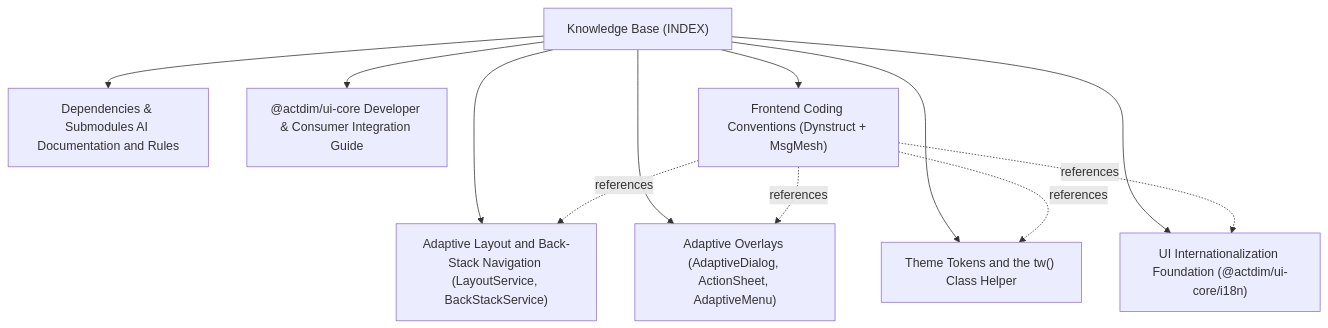
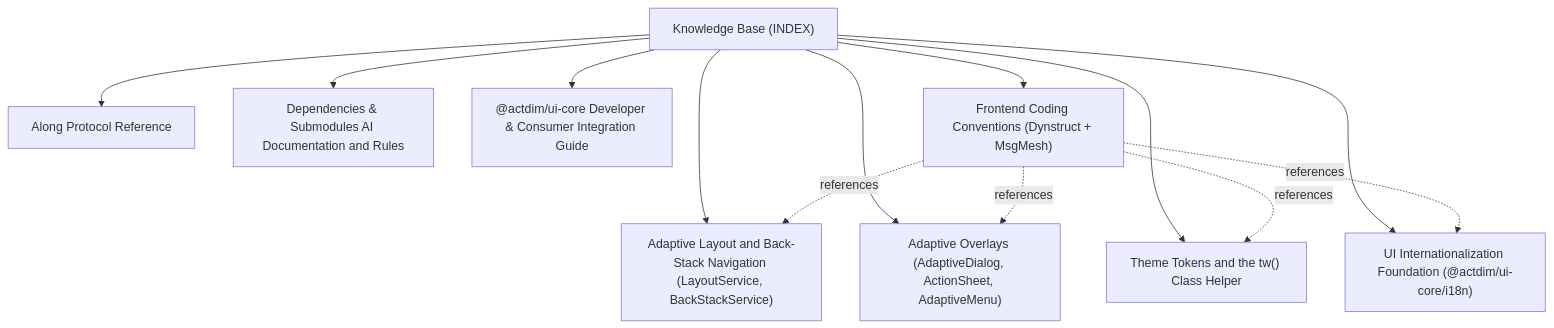
The diagram in docs/INDEX.md (actdim/ui-core), drawn with Mermaid before and after one commit. The commit also changed other lines of this file and 18 other files, not shown here.

````diff
--- a/docs/INDEX.md
+++ b/docs/INDEX.md
@@ -17,22 +17,24 @@
 ```mermaid
 flowchart TD
     INDEX["Knowledge Base (INDEX)"]
     T_ADAPTIVE_LAYOUT["Adaptive Layout and Back-Stack Navigation (LayoutService, BackStackService)"]
     INDEX --> T_ADAPTIVE_LAYOUT
     T_ADAPTIVE_OVERLAYS["Adaptive Overlays (AdaptiveDialog, ActionSheet, AdaptiveMenu)"]
     INDEX --> T_ADAPTIVE_OVERLAYS
+    T_ALONG_PROTOCOL["Along Protocol Reference"]
+    INDEX --> T_ALONG_PROTOCOL
     T_DEPENDENCIES["Dependencies & Submodules AI Documentation and Rules"]
     INDEX --> T_DEPENDENCIES
     T_DEVELOPER_GUIDE["@actdim/ui-core Developer & Consumer Integration Guide"]
     INDEX --> T_DEVELOPER_GUIDE
     T_FRONTEND_CONVENTIONS["Frontend Coding Conventions (Dynstruct + MsgMesh)"]
     INDEX --> T_FRONTEND_CONVENTIONS
     T_I18N["UI Internationalization Foundation (@actdim/ui-core/i18n)"]
     INDEX --> T_I18N
     T_THEME_TOKENS["Theme Tokens and the tw() Class Helper"]
     INDEX --> T_THEME_TOKENS
     T_FRONTEND_CONVENTIONS -.->|references| T_THEME_TOKENS
     T_FRONTEND_CONVENTIONS -.->|references| T_ADAPTIVE_LAYOUT
     T_FRONTEND_CONVENTIONS -.->|references| T_I18N
     T_FRONTEND_CONVENTIONS -.->|references| T_ADAPTIVE_OVERLAYS
 ```
````
